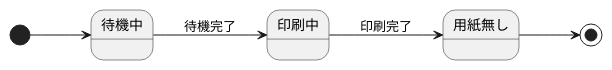
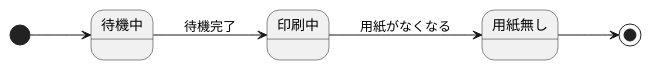
Before and after one commit to itouayumu/uml-introduction-: the diagram in 演習6-1_SD_プリンタ.pu, drawn with PlantUML.

Commit message:
修正

```diff
--- a/演習6-1_SD_プリンタ.pu
+++ b/演習6-1_SD_プリンタ.pu
@@ -1,7 +1,7 @@
 @startuml 
 left to right direction
 [*] --> 待機中
 待機中--> 印刷中: 待機完了
-印刷中--> 用紙無し: 印刷完了
+印刷中--> 用紙無し: 用紙がなくなる
 用紙無し--> [*] 
 @enduml
```
